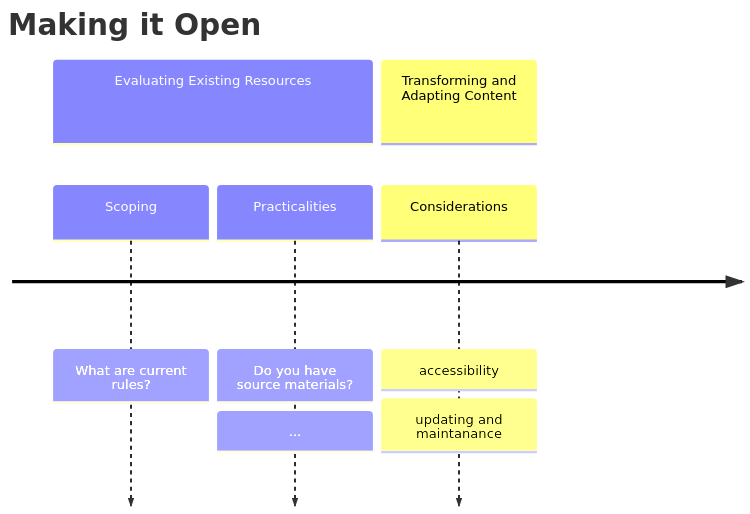
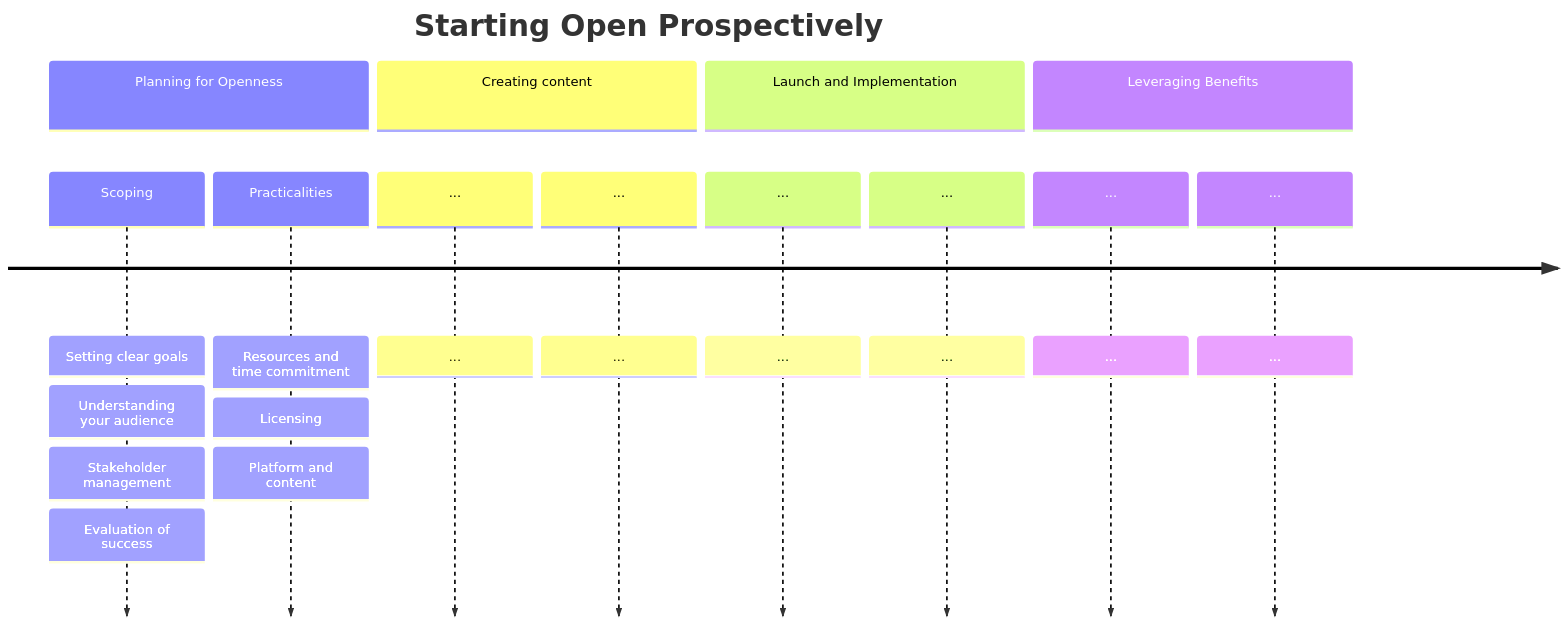
One commit to gerkovink/openeducationbook changed the second of 2 diagrams in where_to_start.qmd. Above: the diagram before and after it, drawn with Mermaid. The commit also changed other lines of this file and 22 other files, not shown here.

````diff
--- a/where_to_start.qmd
+++ b/where_to_start.qmd
@@ -280,14 +196,26 @@
 ```{mermaid}
-%%| fig-cap: Note this figure is not yet ready and just here as an idea to put a sequence of actions as an overview.
-%%| label: fig-making_it_open
+%%| fig-cap: Mapping the actions that need to be taken to create OER prospectively. Here the actions for the practicalities phase in the planning stage are added to this map. 
+%%| label: fig-planning_for_openness1
+
 timeline
-  title Making it Open
-  section Evaluating Existing Resources
-    Scoping : What are current rules?
-    Practicalities : Do you have source materials? 
-                   : ...
-  section Transforming and Adapting Content
-    Considerations : accessibility
-                   : updating and maintanance
-    
+  title Starting Open Prospectively
+  section Planning for Openness
+    Scoping : Setting clear goals
+           : Understanding your audience
+           : Stakeholder management
+           : Evaluation of success
+    Practicalities : Resources and time commitment
+                   : Licensing
+                   : Platform and content
+  section Creating content
+    ... : ...
+    ... : ...
+  section Launch and Implementation
+    ... : ...
+    ... : ...
+  section Leveraging Benefits
+    ... : ...
+    ... : ...
+
+                      
 ```
````
